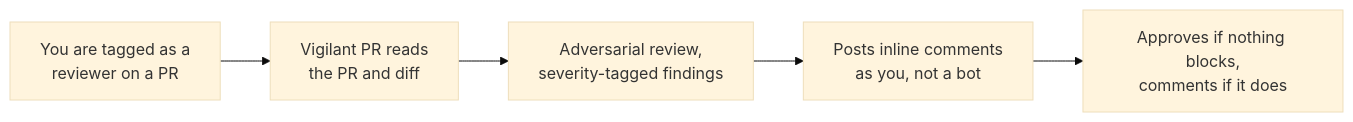
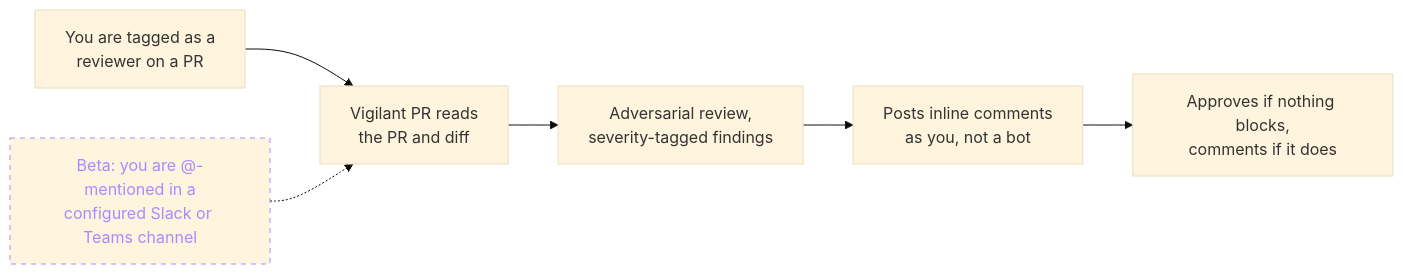
One commit to tllongdev/vigilant-pr changed the diagram in README.md. Above: the diagram before and after it, drawn with Mermaid (base theme).

Commit message:
README: add beta Slack/Teams entry point to the flow diagram
Second source box (dashed, purple, labeled beta) for the Slack/Teams @-mention
trigger, feeding into the same "reads the PR and diff" step as the GitHub
review-request path.

````diff
--- a/README.md
+++ b/README.md
@@ -16,7 +16,10 @@
 ```mermaid
 flowchart LR
     A["You are tagged as a<br/>reviewer on a PR"] --> B["Vigilant PR reads<br/>the PR and diff"]
+    A2["Beta: you are @-mentioned in a<br/>configured Slack or Teams channel"] -.-> B
     B --> C["Adversarial review,<br/>severity-tagged findings"]
     C --> D["Posts inline comments<br/>as you, not a bot"]
     D --> E["Approves if nothing blocks,<br/>comments if it does"]
+    classDef beta stroke:#a98bff,color:#a98bff,stroke-dasharray:5 5;
+    class A2 beta;
 ```
````
